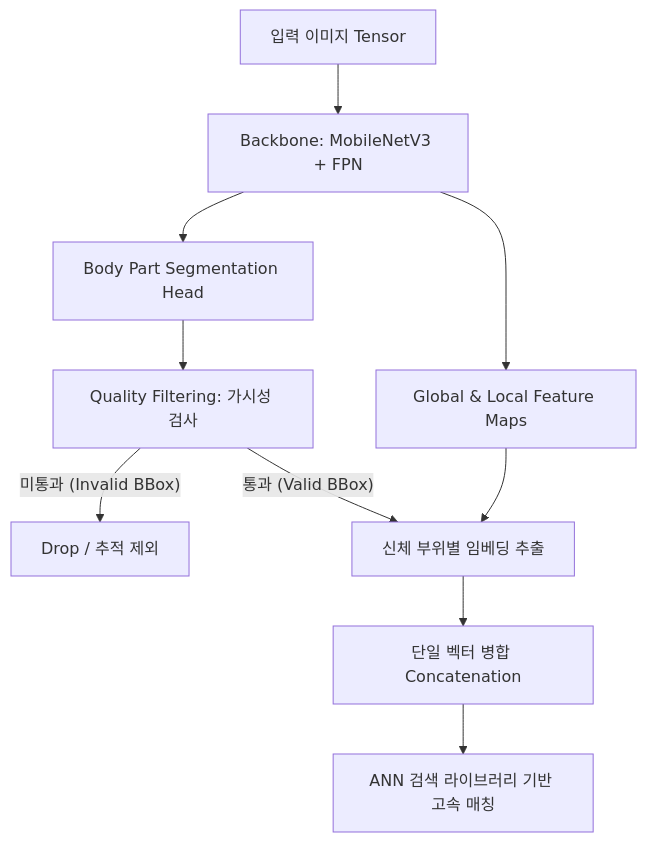
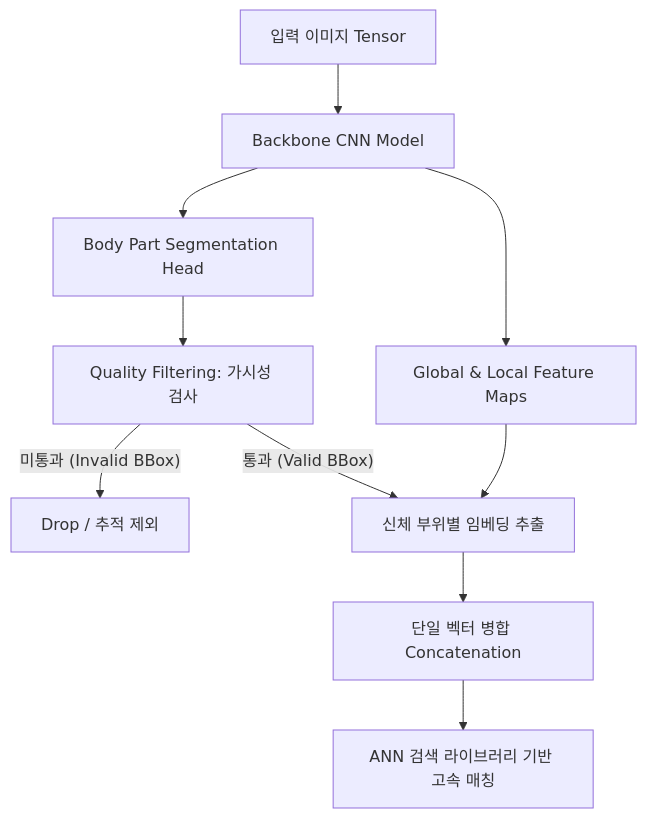
The diagram in _posts/2026-07-21-22.md (juhonamnam/juhonamnam.github.io), drawn with Mermaid before and after one commit. The commit also changed other lines of this file, not shown here.

```diff
--- a/_posts/2026-07-21-22.md
+++ b/_posts/2026-07-21-22.md
@@ -40,12 +41,12 @@
 <div class="mermaid">
 graph TD
-    A[입력 이미지 Tensor] --> B[Backbone: MobileNetV3 + FPN]
+    A[입력 이미지 Tensor] --> B[Backbone CNN Model]
     B --> C[Body Part Segmentation Head]
     B --> D[Global & Local Feature Maps]
     C --> E[Quality Filtering: 가시성 검사]
     E -- 미통과 (Invalid BBox) --> F[Drop / 추적 제외]
     E -- 통과 (Valid BBox) --> G[신체 부위별 임베딩 추출]
     D --> G
     G --> H[단일 벡터 병합 Concatenation]
     H --> I[ANN 검색 라이브러리 기반 고속 매칭]
 </div>
```
